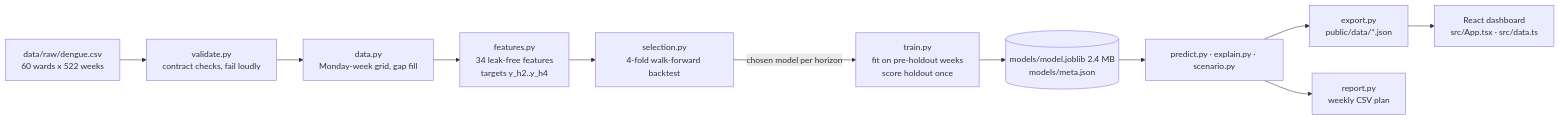
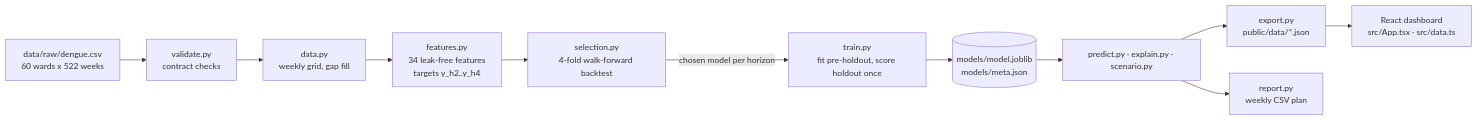
The diagram in ARCHITECTURE.md (Joydeep-Bhattacharjee/Moshari), drawn with Mermaid before and after one commit. The commit also changed other lines of this file, not shown here.

Commit message:
docs: add architecture with split dates, model selection and cost controls

````diff
--- a/ARCHITECTURE.md
+++ b/ARCHITECTURE.md
@@ -7,13 +7,13 @@
 ```mermaid
 flowchart LR
-  A[data/raw/dengue.csv<br/>60 wards x 522 weeks] --> B[validate.py<br/>contract checks, fail loudly]
-  B --> C[data.py<br/>Monday-week grid, gap fill]
+  A[data/raw/dengue.csv<br/>60 wards x 522 weeks] --> B[validate.py<br/>contract checks]
+  B --> C[data.py<br/>weekly grid, gap fill]
   C --> D[features.py<br/>34 leak-free features<br/>targets y_h2..y_h4]
   D --> E[selection.py<br/>4-fold walk-forward backtest]
-  E -->|chosen model per horizon| F[train.py<br/>fit on pre-holdout weeks<br/>score holdout once]
-  F --> G[(models/model.joblib 2.4 MB<br/>models/meta.json)]
+  E -->|chosen model per horizon| F[train.py<br/>fit pre-holdout, score holdout once]
+  F --> G[(models/model.joblib<br/>models/meta.json)]
   G --> H[predict.py · explain.py · scenario.py]
   H --> X[export.py<br/>public/data/*.json]
   X --> I[React dashboard<br/>src/App.tsx · src/data.ts]
   H --> J[report.py<br/>weekly CSV plan]
 ```
````
